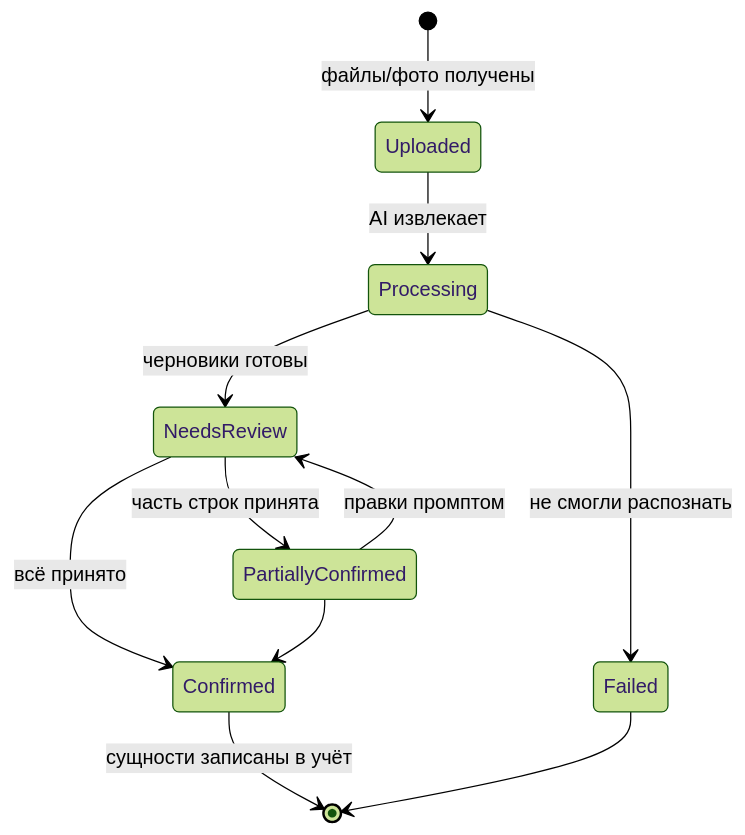
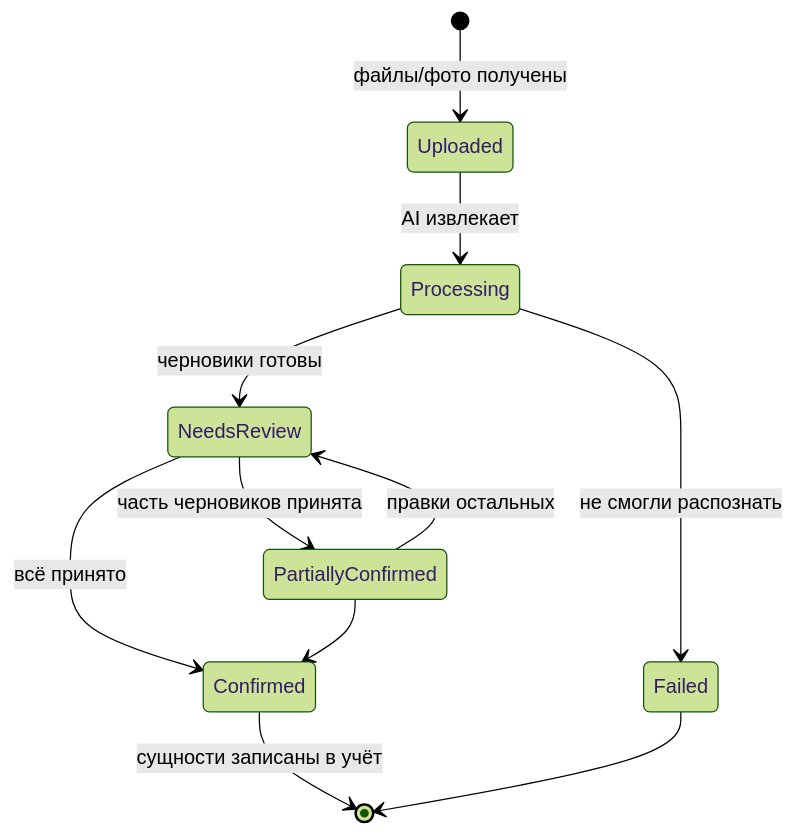
Before and after one commit to masterdoc-app/masterdoc: the fifth of 8 diagrams in TOIR_AI_SYSTEM_DESIGN.md, drawn with Mermaid (forest theme). The commit also changed other lines of this file, not shown here.

Commit message:
Defer Excel import to backlog: remove Importer agent and prompt-transform flow, simplify onboarding to photo-first

````diff
--- a/TOIR_AI_SYSTEM_DESIGN.md
+++ b/TOIR_AI_SYSTEM_DESIGN.md
@@ -279,13 +275,13 @@
 ```mermaid
 stateDiagram-v2
   [*] --> Uploaded: файлы/фото получены
   Uploaded --> Processing: AI извлекает
   Processing --> NeedsReview: черновики готовы
   Processing --> Failed: не смогли распознать
-  NeedsReview --> PartiallyConfirmed: часть строк принята
-  PartiallyConfirmed --> NeedsReview: правки промптом
+  NeedsReview --> PartiallyConfirmed: часть черновиков принята
+  PartiallyConfirmed --> NeedsReview: правки остальных
   NeedsReview --> Confirmed: всё принято
   PartiallyConfirmed --> Confirmed
   Confirmed --> [*]: сущности записаны в учёт
   Failed --> [*]
 ```
````
